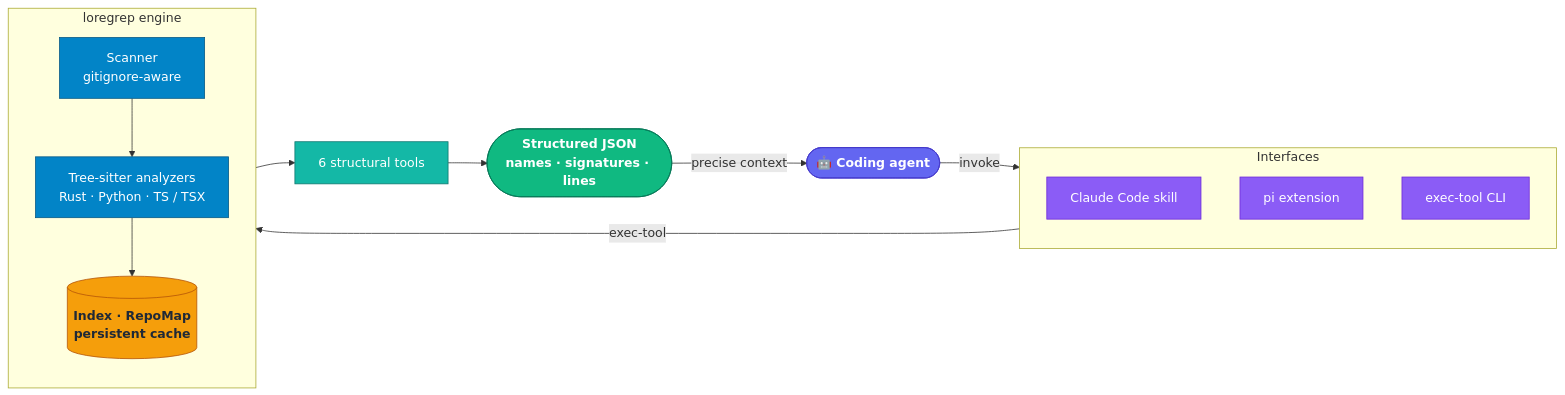
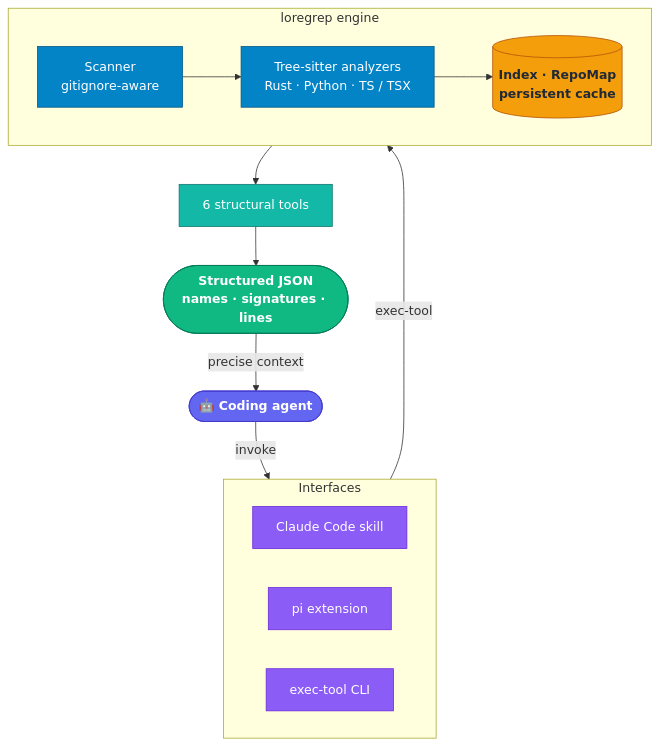
Before and after one commit to Vasu014/loregrep: the diagram in README.md, drawn with Mermaid.

Commit message:
README: switch architecture diagram to top-to-bottom flow
The single left-to-right row read congested; flip the macro-flow to top-to-bottom so each stage (agent / interfaces / engine / tools / JSON) is its own row, while keeping the nodes within each stage side-by-side.

````diff
--- a/README.md
+++ b/README.md
@@ -22,35 +22,35 @@
 ```mermaid
-flowchart LR
+flowchart TB
     A(["🤖  Coding agent"]):::agent
 
     subgraph IF["Interfaces"]
-        direction TB
+        direction LR
         S["Claude Code skill"]:::iface
         P["pi extension"]:::iface
         C["exec-tool CLI"]:::iface
     end
 
     subgraph ENG["loregrep engine"]
-        direction TB
+        direction LR
         SC["Scanner<br/>gitignore-aware"]:::eng
         AN["Tree-sitter analyzers<br/>Rust · Python · TS / TSX"]:::eng
         IX[("Index · RepoMap<br/>persistent cache")]:::index
         SC --> AN --> IX
     end
 
     T["6 structural tools"]:::tools
     J(["Structured JSON<br/>names · signatures · lines"]):::out
 
     A -->|invoke| IF
     IF -->|exec-tool| ENG
     IX --> T
     T --> J
     J -->|precise context| A
 
     classDef agent fill:#6366f1,stroke:#4338ca,color:#ffffff,font-weight:bold
     classDef iface fill:#8b5cf6,stroke:#6d28d9,color:#ffffff
     classDef eng fill:#0284c7,stroke:#075985,color:#ffffff
     classDef index fill:#f59e0b,stroke:#b45309,color:#1f2937,font-weight:bold
     classDef tools fill:#14b8a6,stroke:#0f766e,color:#ffffff
     classDef out fill:#10b981,stroke:#047857,color:#ffffff,font-weight:bold
 ```
````
